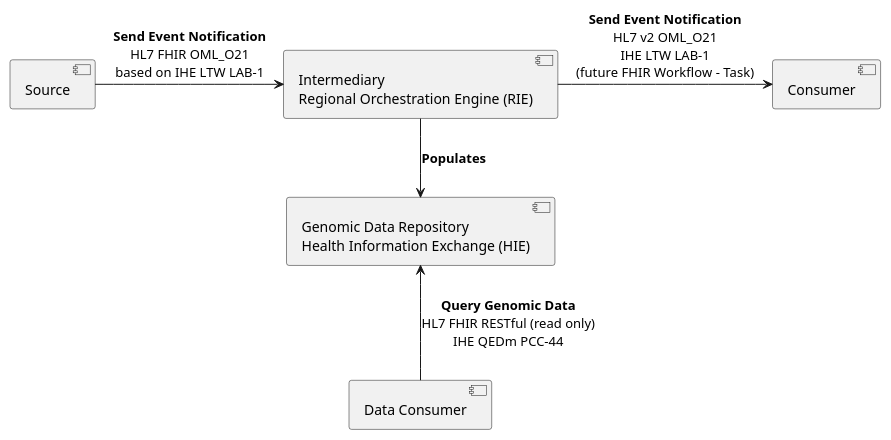
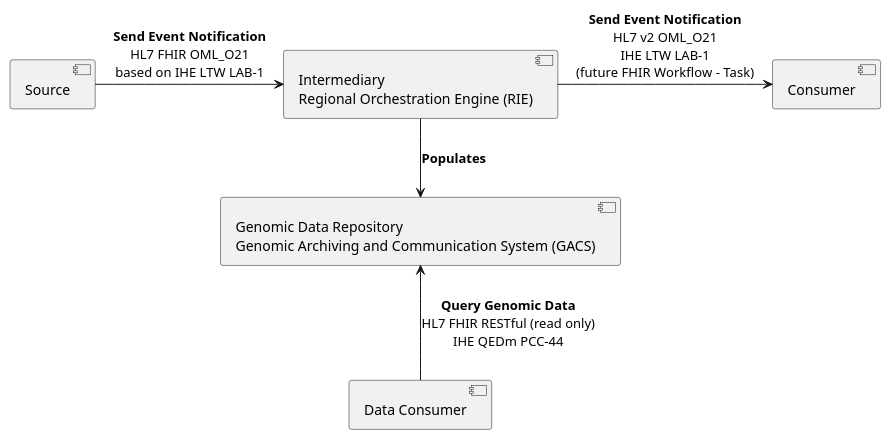
One commit to uk-gov-mirror/nw-gmsa.nw-gmsa.github.com changed the diagram in input/images-source/architecture-laboratory-order.plantuml. Above: the diagram before and after it, drawn with PlantUML. The commit also changed 24 other files, not shown here.

Commit message:
Added mermain diagrams from HIE Design

```diff
--- a/input/images-source/architecture-laboratory-order.plantuml
+++ b/input/images-source/architecture-laboratory-order.plantuml
@@ -1,14 +1,14 @@
 @startuml
 
  component "Source" as LIMS
  component "Consumer" as EPR
  component "Data Consumer" as HIE
  component "Intermediary\nRegional Orchestration Engine (RIE)" as TIE
- component "Genomic Data Repository\nHealth Information Exchange (HIE)" as CDR
+ component "Genomic Data Repository\nGenomic Archiving and Communication System (GACS)" as CDR
 
  LIMS -r-> TIE : **Send Event Notification**\nHL7 FHIR OML_O21\nbased on IHE LTW LAB-1
  TIE -r-> EPR: **Send Event Notification**\nHL7 v2 OML_O21\nIHE LTW LAB-1\n(future FHIR Workflow - Task)
  TIE -d-> CDR: **Populates**
  HIE -u-> CDR: **Query Genomic Data**\nHL7 FHIR RESTful (read only)\nIHE QEDm PCC-44
 
 @enduml
```
